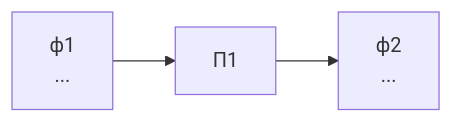
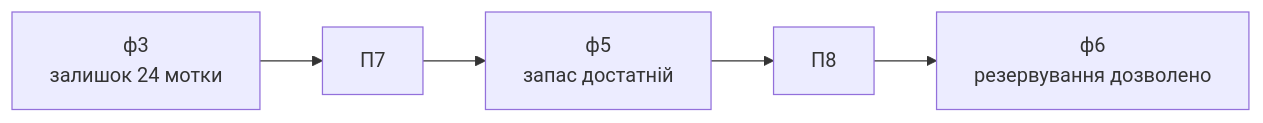
The second of 5 diagrams in lab-05/README.md (katerynakoles/obdz), drawn with Mermaid before and after one commit. The commit also changed other lines of this file, not shown here.

````diff
--- a/lab-05/README.md
+++ b/lab-05/README.md
@@ -114,4 +127,4 @@
 ```mermaid
 flowchart LR
-    F1["ф1<br/>..."] --> R1["П1"] --> F2["ф2<br/>..."]
+    F3["ф3<br/>залишок 24 мотки"] --> R7["П7"] --> F5["ф5<br/>запас достатній"] --> R8["П8"] --> F6["ф6<br/>резервування дозволено"]
 ```
````
